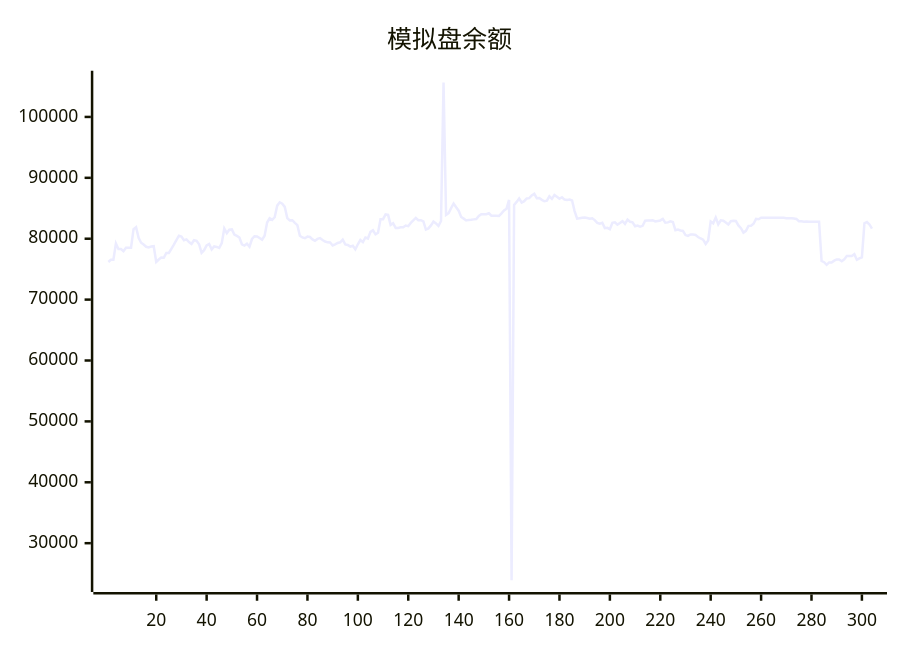
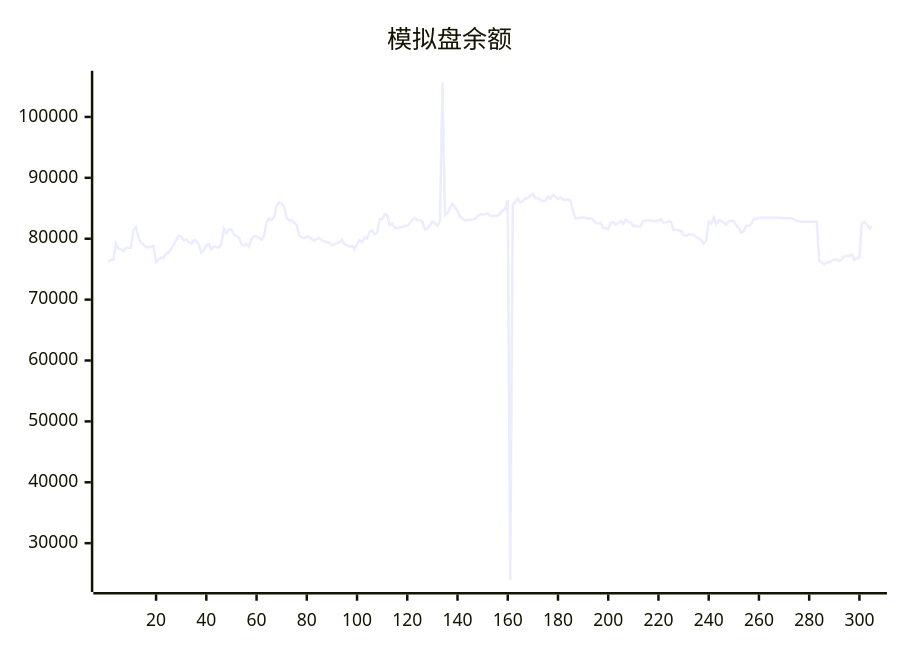
One commit to aahl/ai-trading changed the diagram in README.md. Above: the diagram before and after it, drawn with Mermaid. The commit also changed other lines of this file and 1 other file, not shown here.

````diff
--- a/README.md
+++ b/README.md
@@ -5,5 +5,5 @@
 ```mermaid
 xychart
     title "模拟盘余额"
-    line [76179,76553,76551,79196,78300,78300,77944,78531,78531,78521,81564,81884,80160,79335,79055,78675,78580,78708,78764,76179,76586,76902,76876,77658,77669,78346,79023,79769,80497,80366,79761,79896,79448,79126,79749,79658,79097,77695,78114,78888,79126,78249,78738,78653,78478,79271,81680,80923,81488,81527,80681,80455,80190,79084,78879,79193,78686,79954,80403,80374,80118,79848,80491,82665,83351,83098,83525,85430,85983,85737,85221,83378,83014,83043,82613,82216,80477,80208,80081,80348,80277,79894,79670,79965,80093,79786,79542,79406,79371,78893,79087,79304,79406,79841,79072,78978,78696,78846,78272,79085,79787,79442,80198,80031,81120,81379,80718,80985,83214,83212,83993,83921,82270,82547,81776,81776,81866,81866,82158,82061,82596,83000,83408,83041,83050,82858,81503,81691,82188,82812,82517,82092,82901,105633,83898,84180,85030,85781,85178,84604,83569,83298,83008,83093,83107,83175,83228,83729,84025,84017,84019,84177,83775,83762,83785,83738,84160,84639,84939,86370,23934,85548,86046,86599,85942,86161,86622,86664,87115,87369,86666,86685,86384,86152,86243,86969,86548,87164,86885,86566,86809,86427,86348,86417,86273,84538,83299,83369,83430,83490,83404,83270,83362,83056,82605,82459,82614,81734,81788,81551,82598,82702,82320,82580,82878,82426,83139,82778,82686,82056,82166,81963,82110,82951,82983,82984,83038,82838,82915,82998,83235,82642,82682,82858,82746,81396,81512,81362,81277,80600,80461,80699,80673,80616,80288,80038,79836,79142,79722,82837,82533,83480,82366,83032,82960,82654,82330,82883,82934,82901,82188,81728,81005,81298,82110,82135,82449,83264,83203,83440,83439,83440,83440,83446,83447,83448,83447,83448,83449,83369,83369,83369,83313,83256,82872,82873,82801,82844,82785,82791,82791,82793,82794,76339,76145,75714,76110,76096,76397,76594,76585,76310,76607,77160,77170,77160,77456,76541,76774,76927,82520,82744,82337,81639]
+    line [76179,76553,76551,79196,78300,78300,77944,78531,78531,78521,81564,81884,80160,79335,79055,78675,78580,78708,78764,76179,76586,76902,76876,77658,77669,78346,79023,79769,80497,80366,79761,79896,79448,79126,79749,79658,79097,77695,78114,78888,79126,78249,78738,78653,78478,79271,81680,80923,81488,81527,80681,80455,80190,79084,78879,79193,78686,79954,80403,80374,80118,79848,80491,82665,83351,83098,83525,85430,85983,85737,85221,83378,83014,83043,82613,82216,80477,80208,80081,80348,80277,79894,79670,79965,80093,79786,79542,79406,79371,78893,79087,79304,79406,79841,79072,78978,78696,78846,78272,79085,79787,79442,80198,80031,81120,81379,80718,80985,83214,83212,83993,83921,82270,82547,81776,81776,81866,81866,82158,82061,82596,83000,83408,83041,83050,82858,81503,81691,82188,82812,82517,82092,82901,105633,83898,84180,85030,85781,85178,84604,83569,83298,83008,83093,83107,83175,83228,83729,84025,84017,84019,84177,83775,83762,83785,83738,84160,84639,84939,86370,23934,85548,86046,86599,85942,86161,86622,86664,87115,87369,86666,86685,86384,86152,86243,86969,86548,87164,86885,86566,86809,86427,86348,86417,86273,84538,83299,83369,83430,83490,83404,83270,83362,83056,82605,82459,82614,81734,81788,81551,82598,82702,82320,82580,82878,82426,83139,82778,82686,82056,82166,81963,82110,82951,82983,82984,83038,82838,82915,82998,83235,82642,82682,82858,82746,81396,81512,81362,81277,80600,80461,80699,80673,80616,80288,80038,79836,79142,79722,82837,82533,83480,82366,83032,82960,82654,82330,82883,82934,82901,82188,81728,81005,81298,82110,82135,82449,83264,83203,83440,83439,83440,83440,83446,83447,83448,83447,83448,83449,83369,83369,83369,83313,83256,82872,82873,82801,82844,82785,82791,82791,82793,82794,76339,76145,75714,76110,76096,76397,76594,76585,76310,76607,77160,77170,77160,77456,76541,76774,76927,82520,82744,82337,81639,82040]
 ```
````
